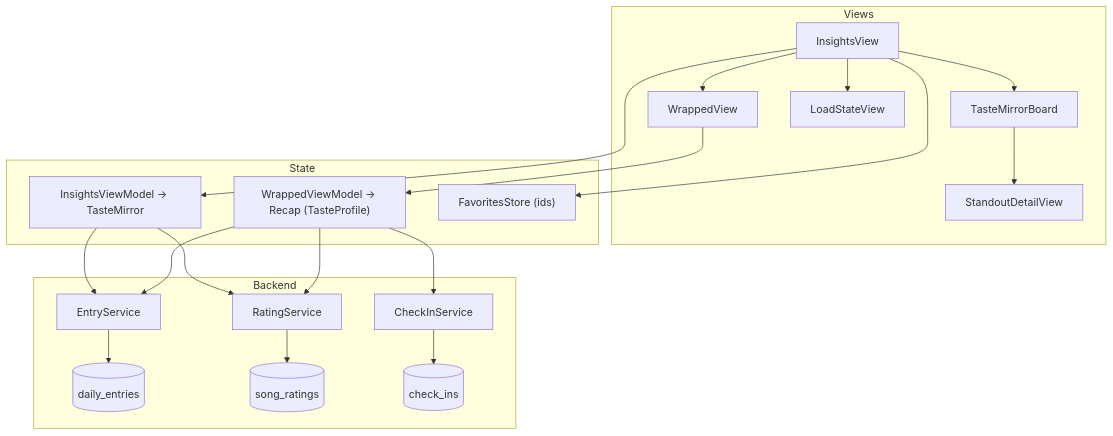
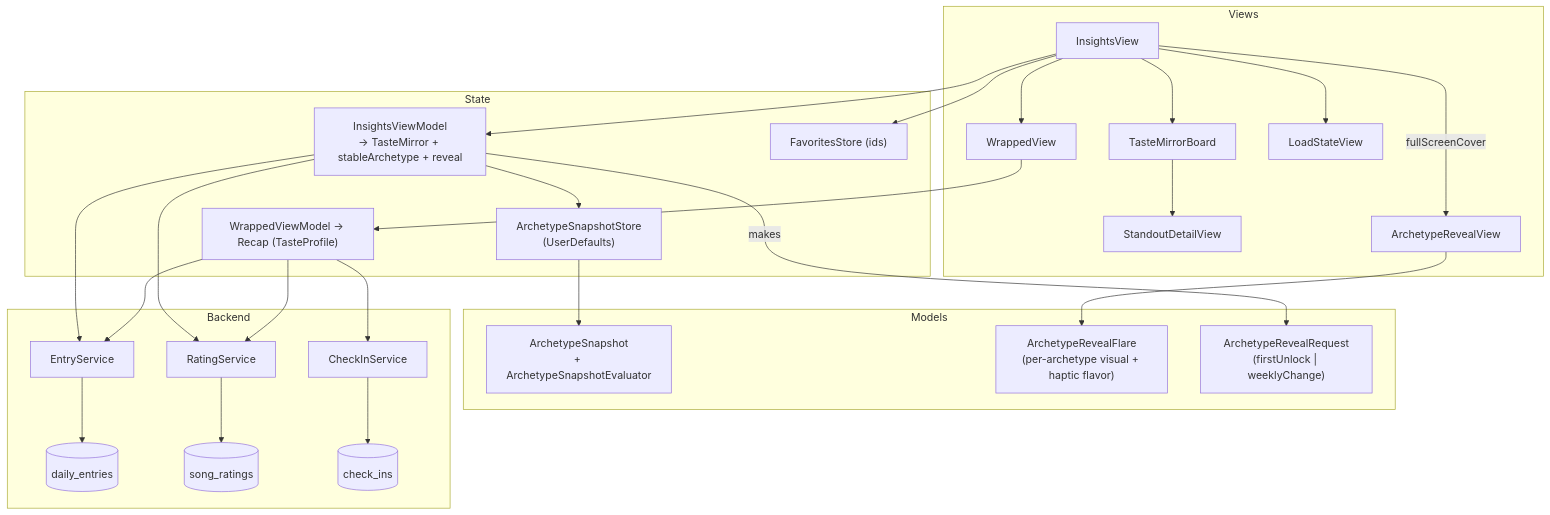
Before and after one commit to max-hagi/Daily-Music: the seventh of 12 diagrams in docs/ARCHITECTURE.md, drawn with Mermaid. The commit also changed other lines of this file and 20 other files, not shown here.

First line of the commit message:
feat(insights): archetype reveal animation + Liquid Glass design system

````diff
--- a/docs/ARCHITECTURE.md
+++ b/docs/ARCHITECTURE.md
@@ -226,21 +226,31 @@
 ```mermaid
 flowchart TD
     subgraph Views
         InsightsView --> TasteMirrorBoard2["TasteMirrorBoard"] --> StandoutDetailView2["StandoutDetailView"]
         InsightsView --> WrappedView
         InsightsView --> LoadStateView2["LoadStateView"]
+        InsightsView -->|fullScreenCover| ArchetypeRevealView
     end
     subgraph State
-        IVM["InsightsViewModel → TasteMirror"]
+        IVM["InsightsViewModel<br/>→ TasteMirror + stableArchetype + reveal"]
         WVM["WrappedViewModel → Recap (TasteProfile)"]
         FStore2["FavoritesStore (ids)"]
+        SnapshotStore["ArchetypeSnapshotStore<br/>(UserDefaults)"]
+    end
+    subgraph Models
+        SnapModel["ArchetypeSnapshot<br/>+ ArchetypeSnapshotEvaluator"]
+        FlareModel["ArchetypeRevealFlare<br/>(per-archetype visual + haptic flavor)"]
+        RevealReq["ArchetypeRevealRequest<br/>(firstUnlock | weeklyChange)"]
     end
     subgraph Backend
         ES5["EntryService"] --> de5[("daily_entries")]
         RatS5["RatingService"] --> sr5[("song_ratings")]
         CIS5["CheckInService"] --> ci5[("check_ins")]
     end
     InsightsView --> IVM --> ES5 & RatS5
     InsightsView --> FStore2
+    IVM --> SnapshotStore --> SnapModel
+    IVM -->|makes| RevealReq
+    ArchetypeRevealView --> FlareModel
     WrappedView --> WVM --> ES5 & CIS5 & RatS5
 ```
````
